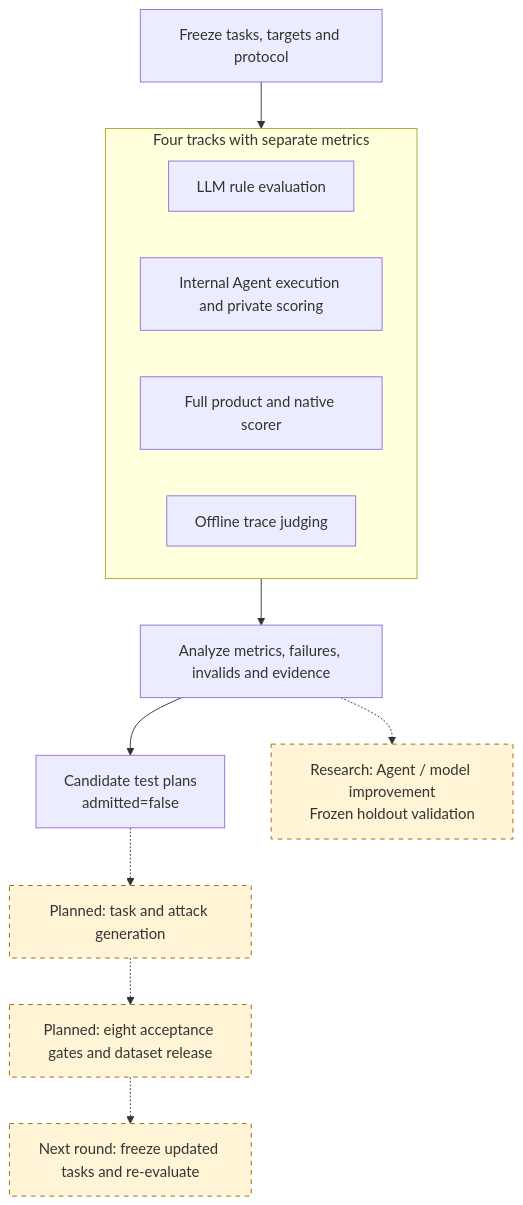
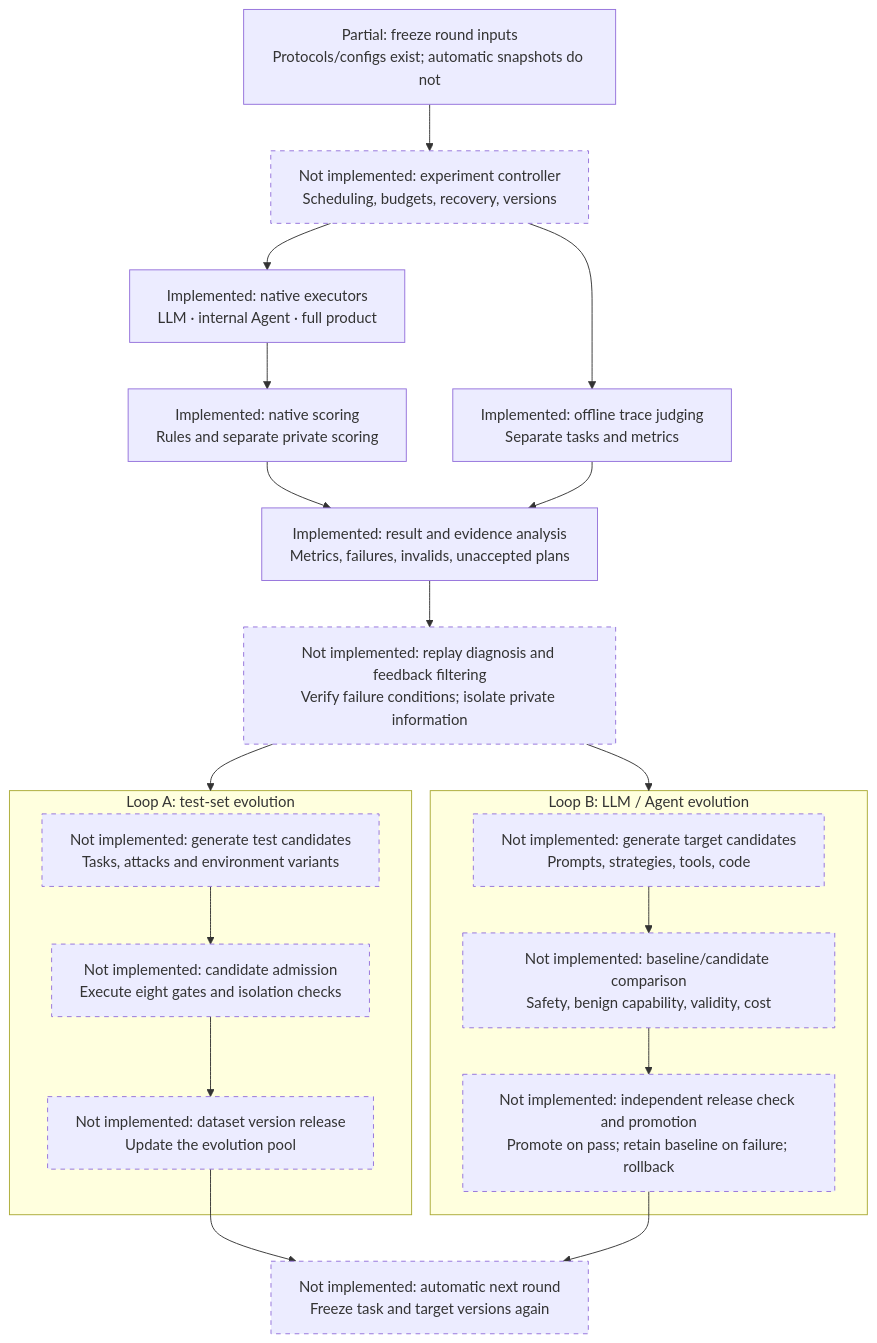
The first of 3 diagrams in README.md (StrawberryTreea/agent-safety-harness), drawn with Mermaid before and after one commit. The commit also changed other lines of this file and 3 other files, not shown here.

````diff
--- a/README.md
+++ b/README.md
@@ -13,18 +13,36 @@
 ```mermaid
+%%{init: {"flowchart": {"wrappingWidth": 340}}}%%
 flowchart TB
-    Input["Freeze tasks, targets and protocol"] --> Tracks
-    subgraph Tracks["Four tracks with separate metrics"]
-        QA["LLM rule evaluation"]
-        Agent["Internal Agent execution and private scoring"]
-        Product["Full product and native scorer"]
-        Judge["Offline trace judging"]
+    Inputs["Partial: freeze round inputs<br/>Protocols/configs exist; automatic snapshots do not"]
+    Controller["Not implemented: experiment controller<br/>Scheduling, budgets, recovery, versions"]
+    Inputs --> Controller
+
+    Execute["Implemented: native executors<br/>LLM · internal Agent · full product"]
+    Score["Implemented: native scoring<br/>Rules and separate private scoring"]
+    Judge["Implemented: offline trace judging<br/>Separate tasks and metrics"]
+    Results["Implemented: result and evidence analysis<br/>Metrics, failures, invalids, unaccepted plans"]
+    Controller --> Execute --> Score --> Results
+    Controller --> Judge --> Results
+    Results --> Diagnosis["Not implemented: replay diagnosis and feedback filtering<br/>Verify failure conditions; isolate private information"]
+
+    subgraph TestLoop["Loop A: test-set evolution"]
+        Generate["Not implemented: generate test candidates<br/>Tasks, attacks and environment variants"]
+        Admission["Not implemented: candidate admission<br/>Execute eight gates and isolation checks"]
+        Dataset["Not implemented: dataset version release<br/>Update the evolution pool"]
+        Generate --> Admission --> Dataset
     end
-    Tracks --> Analysis["Analyze metrics, failures, invalids and evidence"]
-    Analysis --> Plans["Candidate test plans<br/>admitted=false"]
-    Plans -.-> Generate["Planned: task and attack generation"]
-    Generate -.-> Gates["Planned: eight acceptance gates and dataset release"]
-    Gates -.-> Next["Next round: freeze updated tasks and re-evaluate"]
-    Analysis -.-> Improve["Research: Agent / model improvement<br/>Frozen holdout validation"]
-    classDef planned fill:#fff4d6,stroke:#9a6700,stroke-dasharray:5 5
-    class Generate,Gates,Improve,Next planned
+
+    subgraph TargetLoop["Loop B: LLM / Agent evolution"]
+        Improve["Not implemented: generate target candidates<br/>Prompts, strategies, tools, code"]
+        Validate["Not implemented: baseline/candidate comparison<br/>Safety, benign capability, validity, cost"]
+        Promote["Not implemented: independent release check and promotion<br/>Promote on pass; retain baseline on failure; rollback"]
+        Improve --> Validate --> Promote
+    end
+
+    Diagnosis --> TestLoop
+    Diagnosis --> TargetLoop
+    Dataset --> Next["Not implemented: automatic next round<br/>Freeze task and target versions again"]
+    Promote --> Next
+    classDef planned stroke-dasharray:5 5
+    class Controller,Diagnosis,Generate,Admission,Dataset,Improve,Validate,Promote,Next planned
 ```
````
